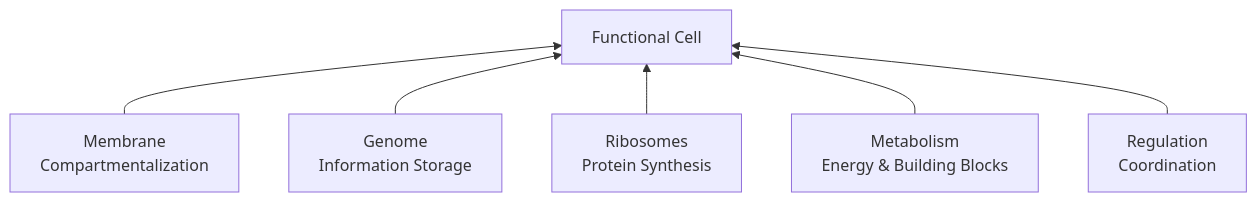
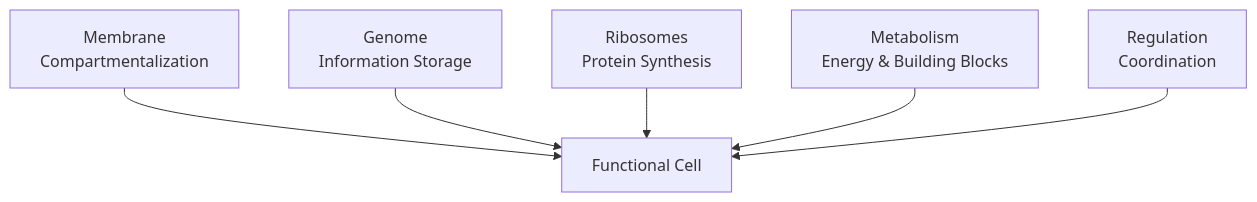
The fifth of 5 diagrams in content/notes/protein engineering.md (Suputra/saah.as), drawn with Mermaid before and after one commit. The commit also changed other lines of this file, not shown here.

````diff
--- a/content/notes/protein engineering.md
+++ b/content/notes/protein engineering.md
@@ -89,8 +84,8 @@
 ```mermaid
-graph BT
+graph TD
 	A[Membrane<br/>Compartmentalization] --> E[Functional Cell]
 	B[Genome<br/>Information Storage] --> E
 	C[Ribosomes<br/>Protein Synthesis] --> E
 	D[Metabolism<br/>Energy & Building Blocks] --> E
 	F[Regulation<br/>Coordination] --> E
 ```
````
